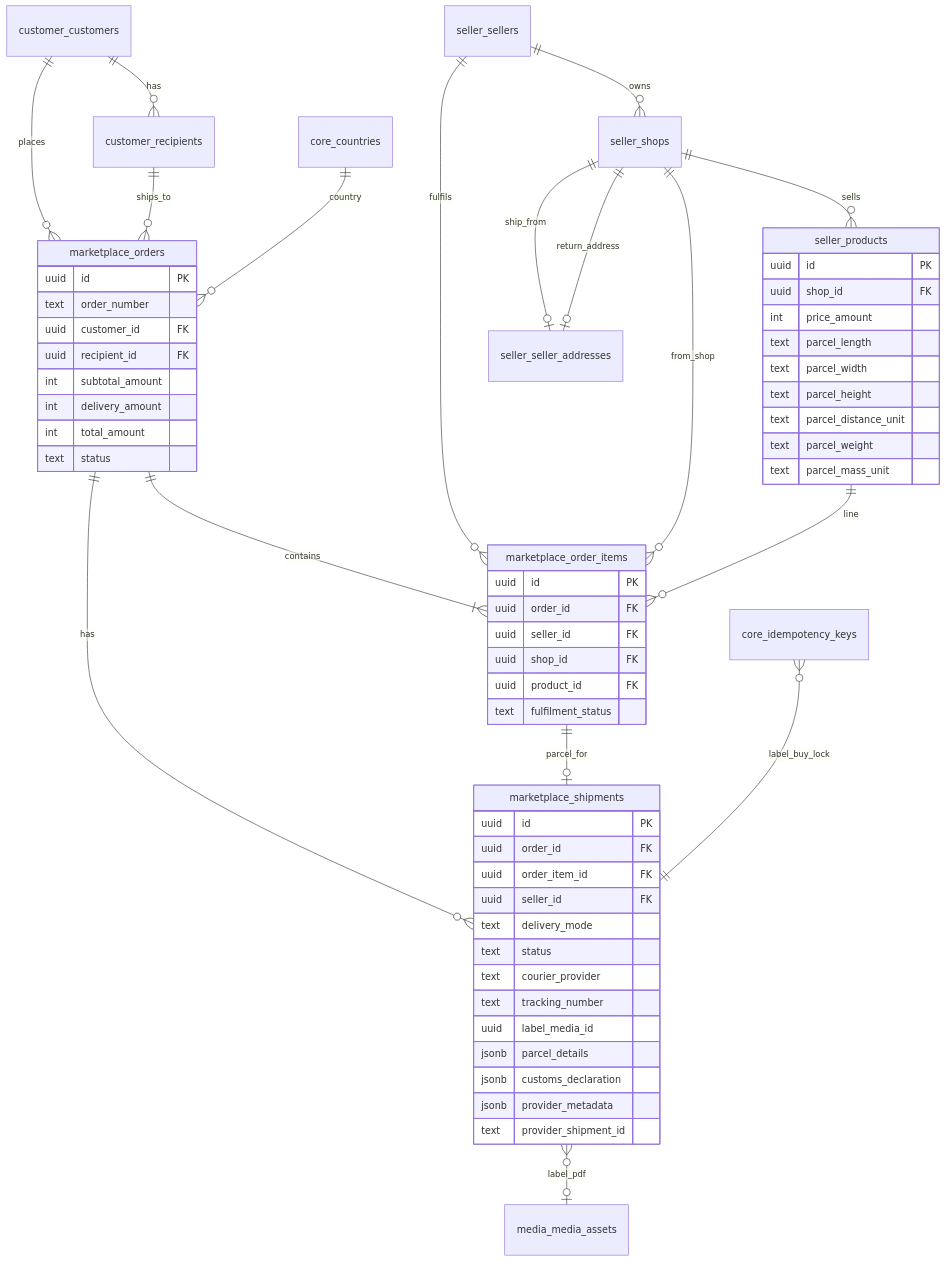
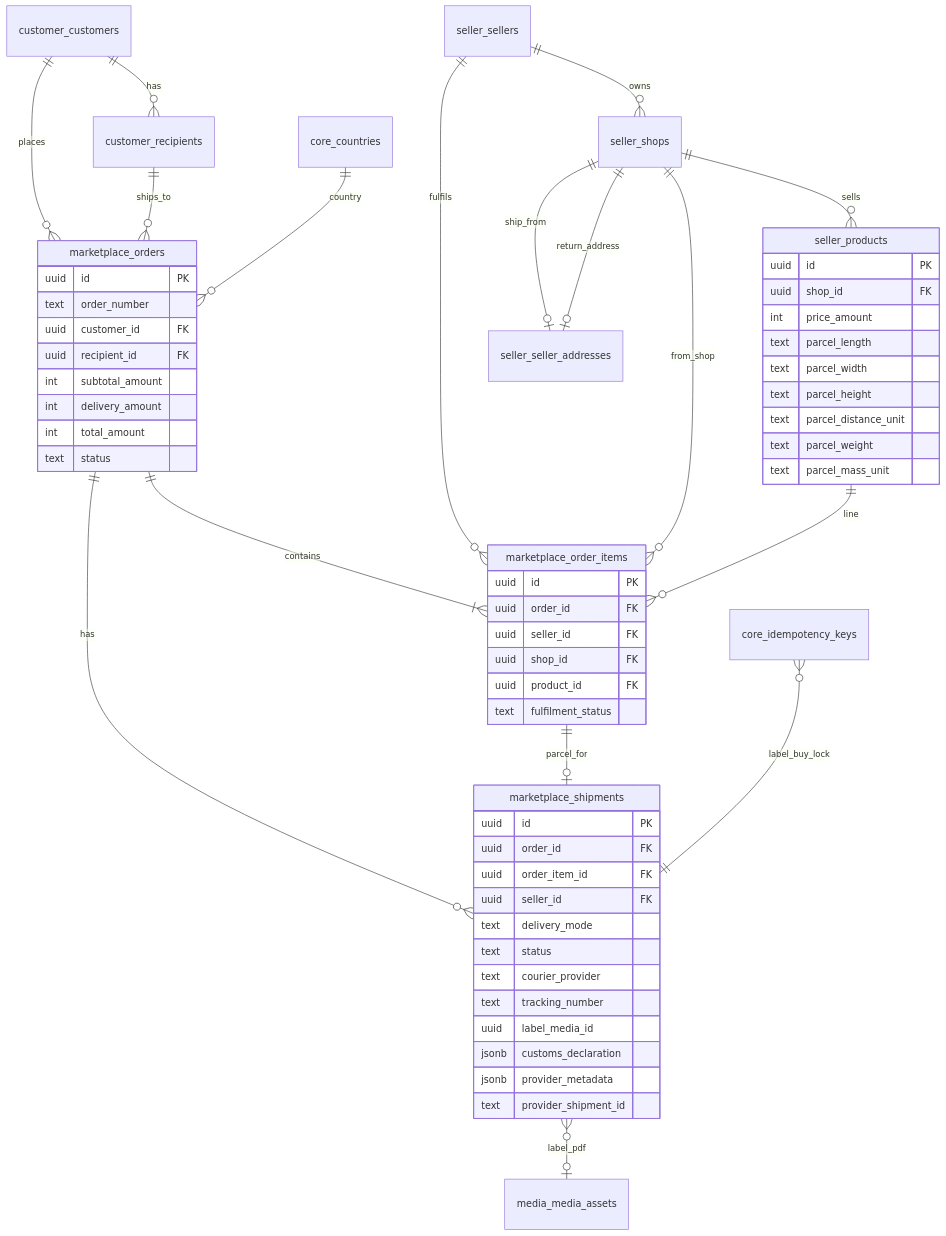
One commit to softdevglobal/send-agift-backend changed the first of 3 diagrams in docs/SHIPPING_ORDERS_README.md. Above: the diagram before and after it, drawn with Mermaid. The commit also changed other lines of this file and 6 other files, not shown here.

Commit message:
Update shipping order flow and shipment details

````diff
--- a/docs/SHIPPING_ORDERS_README.md
+++ b/docs/SHIPPING_ORDERS_README.md
@@ -25,71 +25,70 @@
 ```mermaid
 erDiagram
     customer_customers ||--o{ customer_recipients : has
     customer_customers ||--o{ marketplace_orders : places
     customer_recipients ||--o{ marketplace_orders : ships_to
     core_countries ||--o{ marketplace_orders : country
 
     marketplace_orders ||--|{ marketplace_order_items : contains
     marketplace_orders ||--o{ marketplace_shipments : has
 
     seller_sellers ||--o{ seller_shops : owns
     seller_shops ||--o{ seller_products : sells
     seller_shops ||--o| seller_seller_addresses : ship_from
     seller_shops ||--o| seller_seller_addresses : return_address
 
     seller_sellers ||--o{ marketplace_order_items : fulfils
     seller_shops ||--o{ marketplace_order_items : from_shop
     seller_products ||--o{ marketplace_order_items : line
 
     marketplace_order_items ||--o| marketplace_shipments : parcel_for
     marketplace_shipments }o--o| media_media_assets : label_pdf
     core_idempotency_keys }o--|| marketplace_shipments : label_buy_lock
 
     seller_products {
         uuid id PK
         uuid shop_id FK
         int price_amount
         text parcel_length
         text parcel_width
         text parcel_height
         text parcel_distance_unit
         text parcel_weight
         text parcel_mass_unit
     }
 
     marketplace_orders {
         uuid id PK
         text order_number
         uuid customer_id FK
         uuid recipient_id FK
         int subtotal_amount
         int delivery_amount
         int total_amount
         text status
     }
 
     marketplace_order_items {
         uuid id PK
         uuid order_id FK
         uuid seller_id FK
         uuid shop_id FK
         uuid product_id FK
         text fulfilment_status
     }
 
     marketplace_shipments {
         uuid id PK
         uuid order_id FK
         uuid order_item_id FK
         uuid seller_id FK
         text delivery_mode
         text status
         text courier_provider
         text tracking_number
         uuid label_media_id
-        jsonb parcel_details
         jsonb customs_declaration
         jsonb provider_metadata
         text provider_shipment_id
     }
 ```
````
